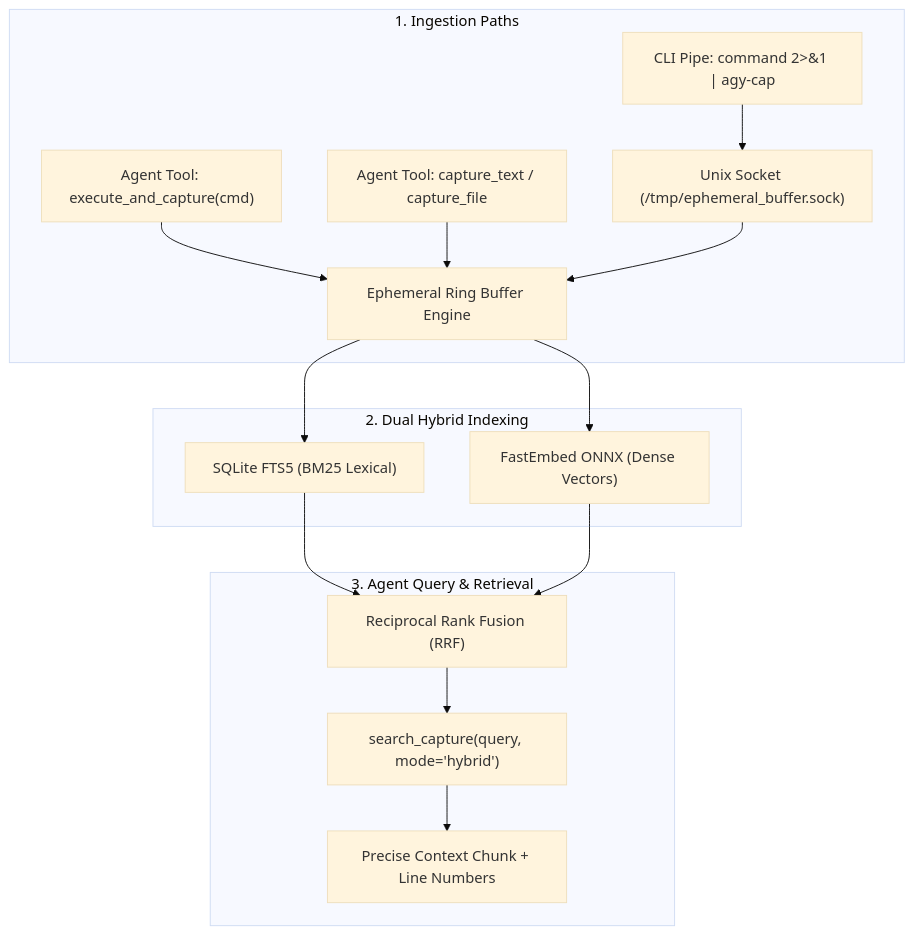
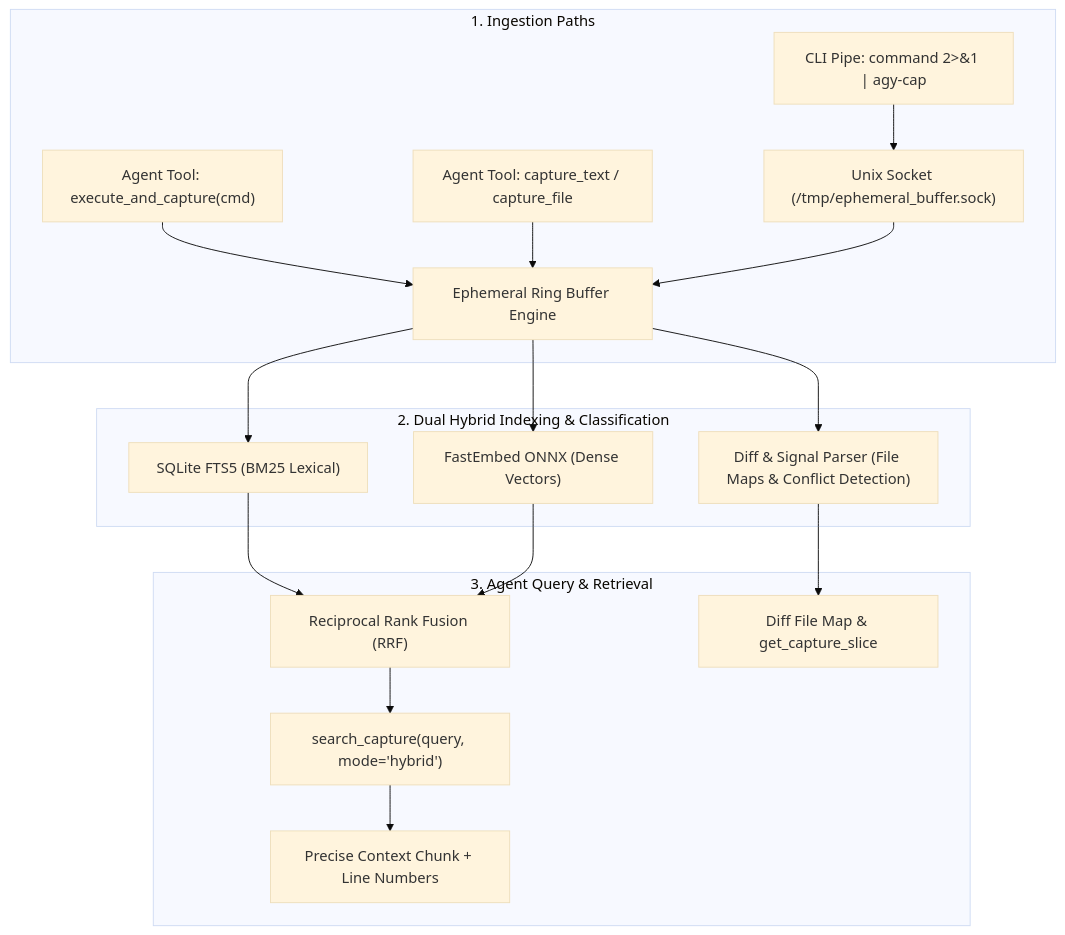
The diagram in README.md (k-rister/ephemeral-buffer-mcp), drawn with Mermaid (base theme) before and after one commit. The commit also changed other lines of this file and 4 other files, not shown here.

First line of the commit message:
feat: add diff-aware structure parsing and smart signal filtering

````diff
--- a/README.md
+++ b/README.md
@@ -25,20 +27,22 @@
 ```mermaid
 flowchart TD
     subgraph Ingestion["1. Ingestion Paths"]
         A["CLI Pipe: command 2>&1 | agy-cap"] --> D["Unix Socket (/tmp/ephemeral_buffer.sock)"]
         B["Agent Tool: execute_and_capture(cmd)"] --> E["Ephemeral Ring Buffer Engine"]
         C["Agent Tool: capture_text / capture_file"] --> E
         D --> E
     end
 
-    subgraph Indexing["2. Dual Hybrid Indexing"]
+    subgraph Indexing["2. Dual Hybrid Indexing & Classification"]
         E --> F["SQLite FTS5 (BM25 Lexical)"]
         E --> G["FastEmbed ONNX (Dense Vectors)"]
+        E --> K["Diff & Signal Parser (File Maps & Conflict Detection)"]
     end
 
     subgraph Querying["3. Agent Query & Retrieval"]
         F & G --> H["Reciprocal Rank Fusion (RRF)"]
         H --> I["search_capture(query, mode='hybrid')"]
+        K --> L["Diff File Map & get_capture_slice"]
         I --> J["Precise Context Chunk + Line Numbers"]
     end
 ```
````
